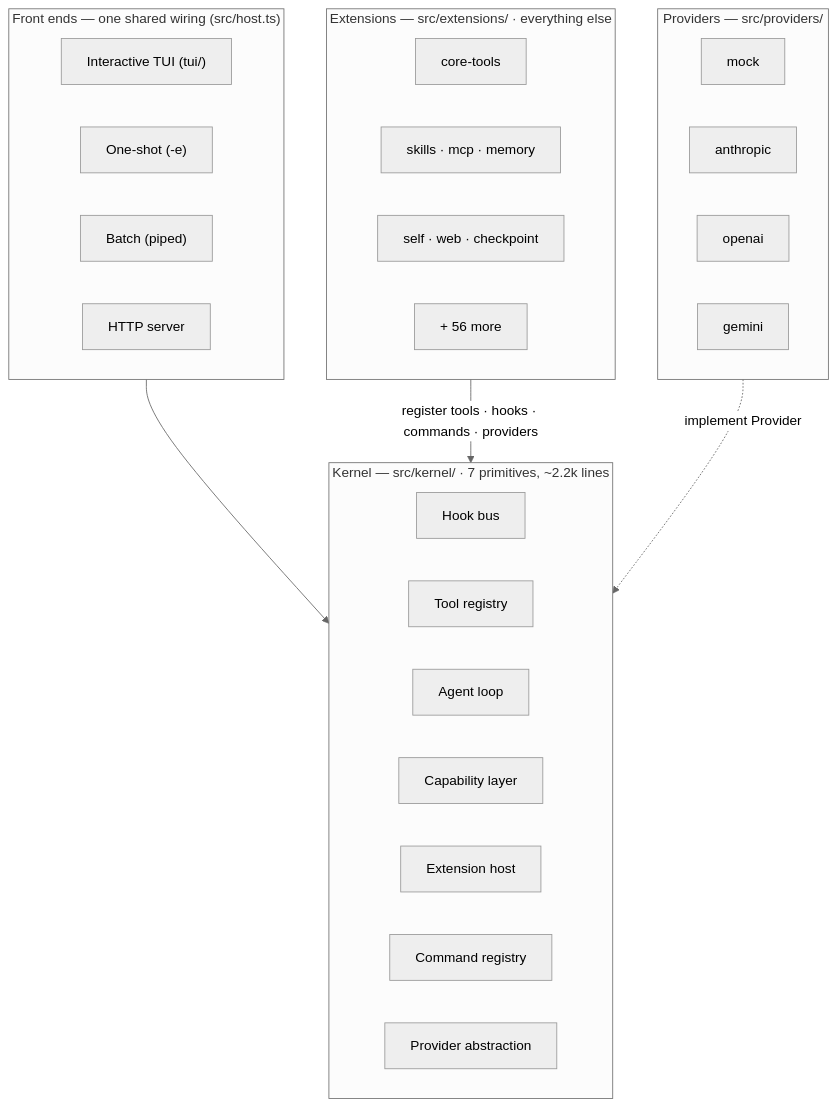
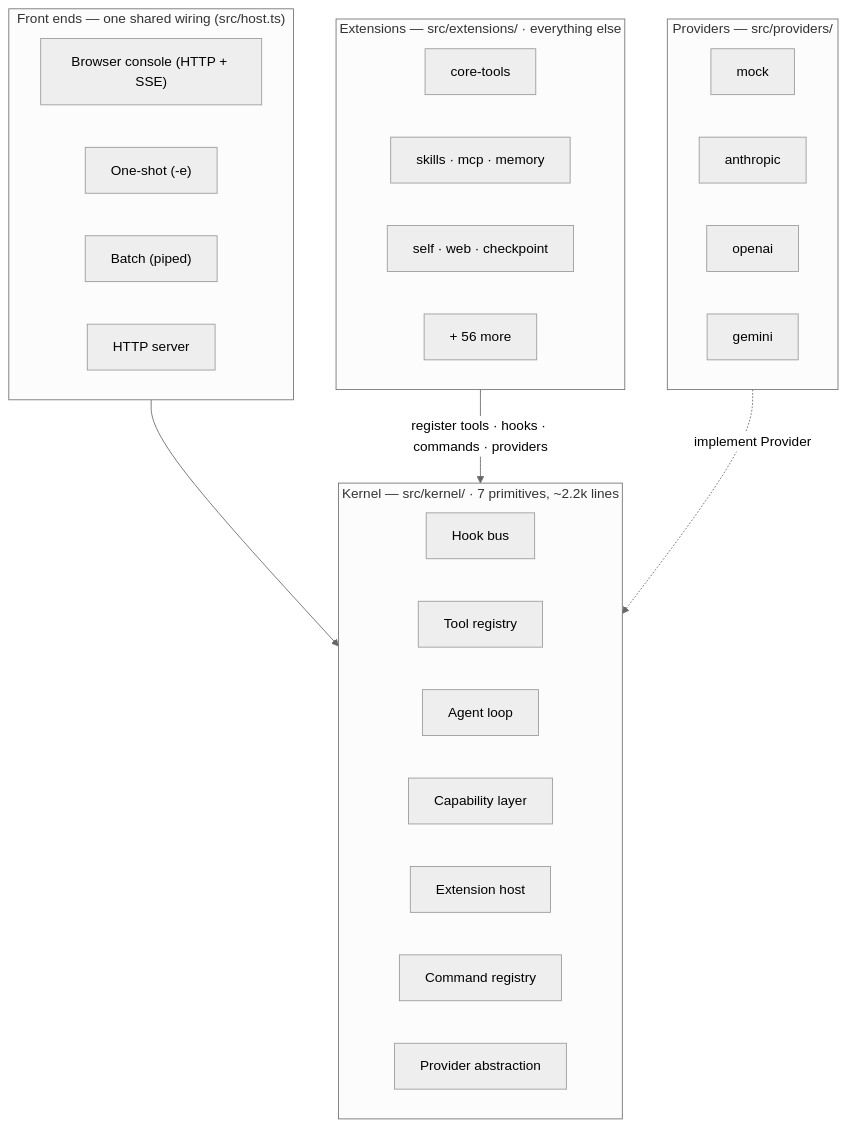
One commit to caohaotiantian/EAgent changed the first of 5 diagrams in packages/eagent/README.md. Above: the diagram before and after it, drawn with Mermaid (neutral theme). The commit also changed other lines of this file and 3 other files, not shown here.

````diff
--- a/packages/eagent/README.md
+++ b/packages/eagent/README.md
@@ -16,41 +16,41 @@
 ```mermaid
 flowchart TB
     subgraph FE["Front ends — one shared wiring (src/host.ts)"]
         direction LR
-        TUI["Interactive TUI (tui/)"]
+        WEB["Browser console (HTTP + SSE)"]
         ONE["One-shot (-e)"]
         BATCH["Batch (piped)"]
         HTTP["HTTP server"]
     end
 
     subgraph KERNEL["Kernel — src/kernel/ · 7 primitives, ~2.2k lines"]
         direction LR
         HOOKS["Hook bus"]
         REG["Tool registry"]
         LOOP["Agent loop"]
         CAPS["Capability layer"]
         EXT["Extension host"]
         CMD["Command registry"]
         PROV["Provider abstraction"]
     end
 
     subgraph EXTS["Extensions — src/extensions/ · everything else"]
         direction LR
         X1["core-tools"]
         X2["skills · mcp · memory"]
         X3["self · web · checkpoint"]
         X4["+ 56 more"]
     end
 
     subgraph PROVIDERS["Providers — src/providers/"]
         direction LR
         PM["mock"]
         PA["anthropic"]
         PO["openai"]
         PG["gemini"]
     end
 
     FE --> KERNEL
     EXTS -->|"register tools · hooks · commands · providers"| KERNEL
     PROVIDERS -.->|"implement Provider"| PROV
 ```
````
